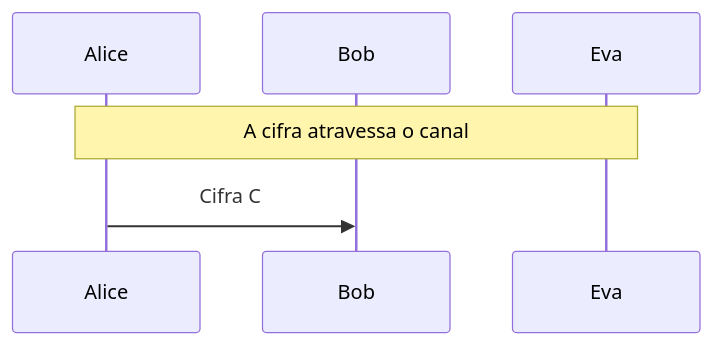
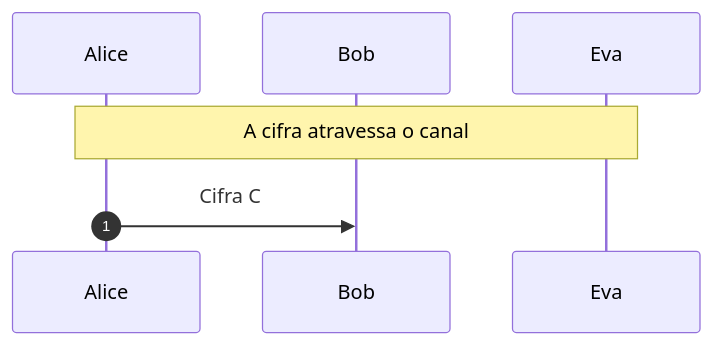
Before and after one commit to peotta/CryptoNet: the diagram in docs/laboratorios/enigma-bombe.md, drawn with Mermaid. The commit also changed other lines of this file and 46 other files, not shown here.

Commit message:
Adiciona o laboratório do protocolo DAP em três partes (chave, ativação e transação), a categoria Autenticação, o controle de tamanho do texto e o Ampliar diagrama com numeração das interações

````diff
--- a/docs/laboratorios/enigma-bombe.md
+++ b/docs/laboratorios/enigma-bombe.md
@@ -54,8 +56,9 @@
 ```mermaid
 sequenceDiagram
+  autonumber
   participant n_alice as Alice
   participant n_bob as Bob
   participant n_eva as Eva
   Note over n_alice,n_eva: A cifra atravessa o canal
   n_alice->>n_bob: Cifra C
 ```
````
